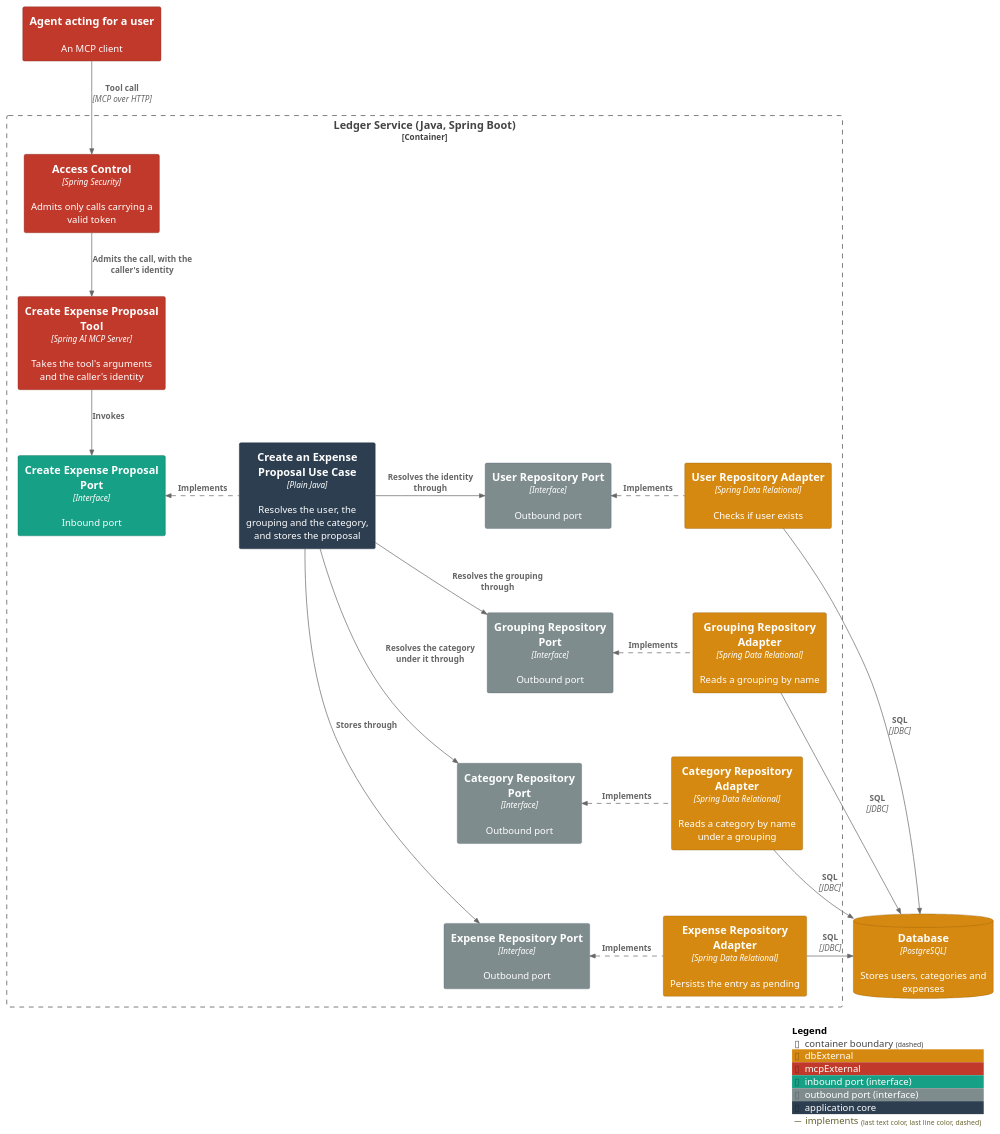
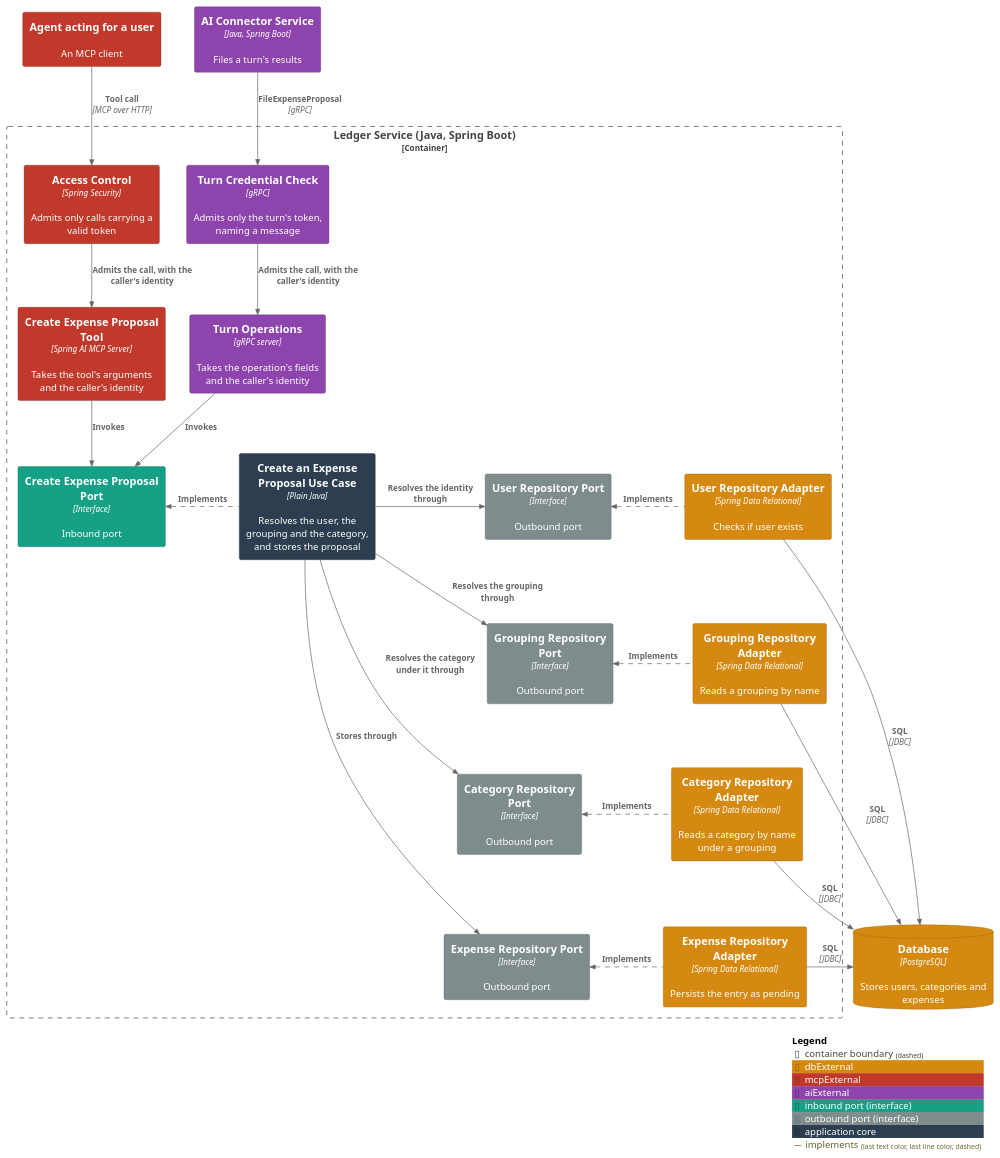
Before and after one commit to ds-usova/finance-bot: the first of 2 diagrams in ledger-service/docs/usecases/create-an-expense-proposal.md, drawn with PlantUML. The commit also changed other lines of this file and 13 other files, not shown here.

Commit message:
Documentation: archive what the ledger's gRPC turn operations changed

````diff
--- a/ledger-service/docs/usecases/create-an-expense-proposal.md
+++ b/ledger-service/docs/usecases/create-an-expense-proposal.md
@@ -38,53 +39,60 @@
 ```plantuml
 @startuml C3-Component-CreateExpenseProposal
 !include <C4/C4_Component>
 
 AddElementTag("dbExternal", $bgColor="#d68910", $fontColor="#ffffff", $borderColor="#8f5c0a")
 AddElementTag("mcpExternal", $bgColor="#c0392b", $fontColor="#ffffff", $borderColor="#7b241c")
+AddElementTag("aiExternal", $bgColor="#8e44ad", $fontColor="#ffffff", $borderColor="#5b2c6f")
 AddElementTag("portIn", $bgColor="#16a085", $fontColor="#ffffff", $borderColor="#0e6655", $legendText="inbound port (interface)")
 AddElementTag("portOut", $bgColor="#7f8c8d", $fontColor="#ffffff", $borderColor="#566573", $legendText="outbound port (interface)")
 AddElementTag("core", $bgColor="#2c3e50", $fontColor="#ffffff", $borderColor="#1b2631", $legendText="application core")
 AddRelTag("implements", $lineStyle="dashed")
 
 System_Ext(agent, "Agent acting for a user", "An MCP client", $tags="mcpExternal")
+Container(connector, "AI Connector Service", "Java, Spring Boot", "Files a turn's results", $tags="aiExternal")
 ContainerDb(db, "Database", "PostgreSQL", "Stores users, categories and expenses", $tags="dbExternal")
 
 Container_Boundary(ledger, "Ledger Service (Java, Spring Boot)") {
   Component(accessControl, "Access Control", "Spring Security", "Admits only calls carrying a valid token", $tags="mcpExternal")
   Component(mcpTool, "Create Expense Proposal Tool", "Spring AI MCP Server", "Takes the tool's arguments and the caller's identity", $tags="mcpExternal")
+  Component(turnCheck, "Turn Credential Check", "gRPC", "Admits only the turn's token, naming a message", $tags="aiExternal")
+  Component(turnOperations, "Turn Operations", "gRPC server", "Takes the operation's fields and the caller's identity", $tags="aiExternal")
   Component(createProposalPort, "Create Expense Proposal Port", "Interface", "Inbound port", $tags="portIn")
   Component(createProposalService, "Create an Expense Proposal Use Case", "Plain Java", "Resolves the user, the grouping and the category, and stores the proposal", $tags="core")
   Component(userRepositoryPort, "User Repository Port", "Interface", "Outbound port", $tags="portOut")
   Component(groupingRepositoryPort, "Grouping Repository Port", "Interface", "Outbound port", $tags="portOut")
   Component(categoryRepositoryPort, "Category Repository Port", "Interface", "Outbound port", $tags="portOut")
   Component(expenseRepositoryPort, "Expense Repository Port", "Interface", "Outbound port", $tags="portOut")
   Component(userRepositoryAdapter, "User Repository Adapter", "Spring Data Relational", "Checks if user exists", $tags="dbExternal")
   Component(groupingRepositoryAdapter, "Grouping Repository Adapter", "Spring Data Relational", "Reads a grouping by name", $tags="dbExternal")
   Component(categoryRepositoryAdapter, "Category Repository Adapter", "Spring Data Relational", "Reads a category by name under a grouping", $tags="dbExternal")
   Component(expenseRepositoryAdapter, "Expense Repository Adapter", "Spring Data Relational", "Persists the entry as pending", $tags="dbExternal")
 }
 
 Rel(agent, accessControl, "Tool call", "MCP over HTTP")
 Rel_D(accessControl, mcpTool, "Admits the call, with the caller's identity")
 Rel_D(mcpTool, createProposalPort, "Invokes")
+Rel(connector, turnCheck, "FileExpenseProposal", "gRPC")
+Rel_D(turnCheck, turnOperations, "Admits the call, with the caller's identity")
+Rel_D(turnOperations, createProposalPort, "Invokes")
 Rel_L(createProposalService, createProposalPort, "Implements", $tags="implements")
 Rel_R(createProposalService, userRepositoryPort, "Resolves the identity through")
 Rel_R(createProposalService, groupingRepositoryPort, "Resolves the grouping through")
 Rel_R(createProposalService, categoryRepositoryPort, "Resolves the category under it through")
 Rel_R(createProposalService, expenseRepositoryPort, "Stores through")
 Rel_L(userRepositoryAdapter, userRepositoryPort, "Implements", $tags="implements")
 Rel_L(groupingRepositoryAdapter, groupingRepositoryPort, "Implements", $tags="implements")
 Rel_L(categoryRepositoryAdapter, categoryRepositoryPort, "Implements", $tags="implements")
 Rel_L(expenseRepositoryAdapter, expenseRepositoryPort, "Implements", $tags="implements")
 Rel_R(userRepositoryAdapter, db, "SQL", "JDBC")
 Rel_R(groupingRepositoryAdapter, db, "SQL", "JDBC")
 Rel_R(categoryRepositoryAdapter, db, "SQL", "JDBC")
 Rel_R(expenseRepositoryAdapter, db, "SQL", "JDBC")
 
 Lay_D(userRepositoryPort, groupingRepositoryPort)
 Lay_D(groupingRepositoryPort, categoryRepositoryPort)
 Lay_D(categoryRepositoryPort, expenseRepositoryPort)
 
 SHOW_LEGEND()
 @enduml
 ```
````
